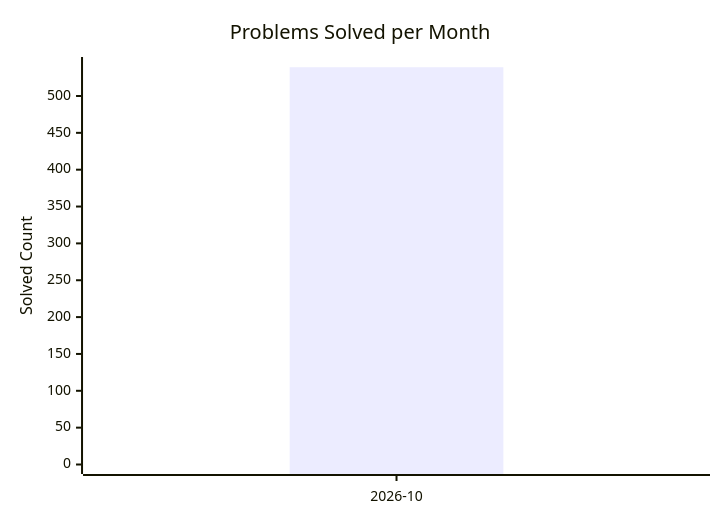
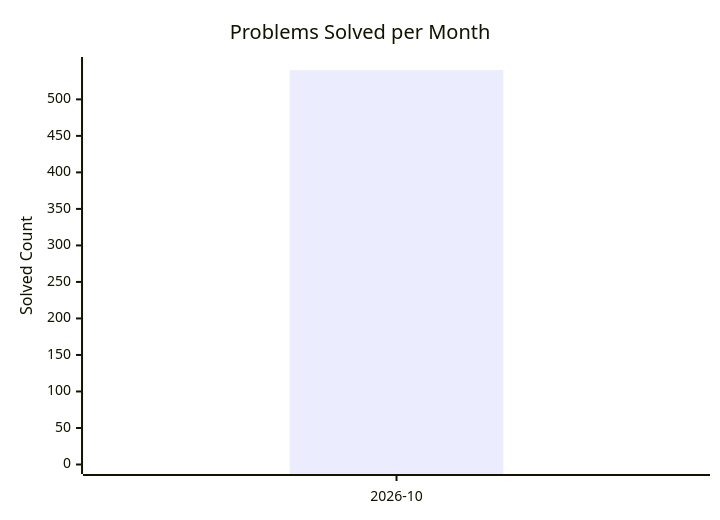
The diagram in dashboard.md (AdityaPandey-DEV/CP-Progress-Sync), drawn with Mermaid before and after one commit. The commit also changed other lines of this file, not shown here.

Commit message:
Auto-update CP dashboard [skip ci]

````diff
--- a/dashboard.md
+++ b/dashboard.md
@@ -8,8 +8,8 @@
 ```mermaid
 xychart-beta
     title "Problems Solved per Month"
     x-axis ["2026-10"]
-    y-axis "Solved Count" 0 --> 540
-    bar [539]
-    line [539]
+    y-axis "Solved Count" 0 --> 545
+    bar [540]
+    line [540]
 ```
````
